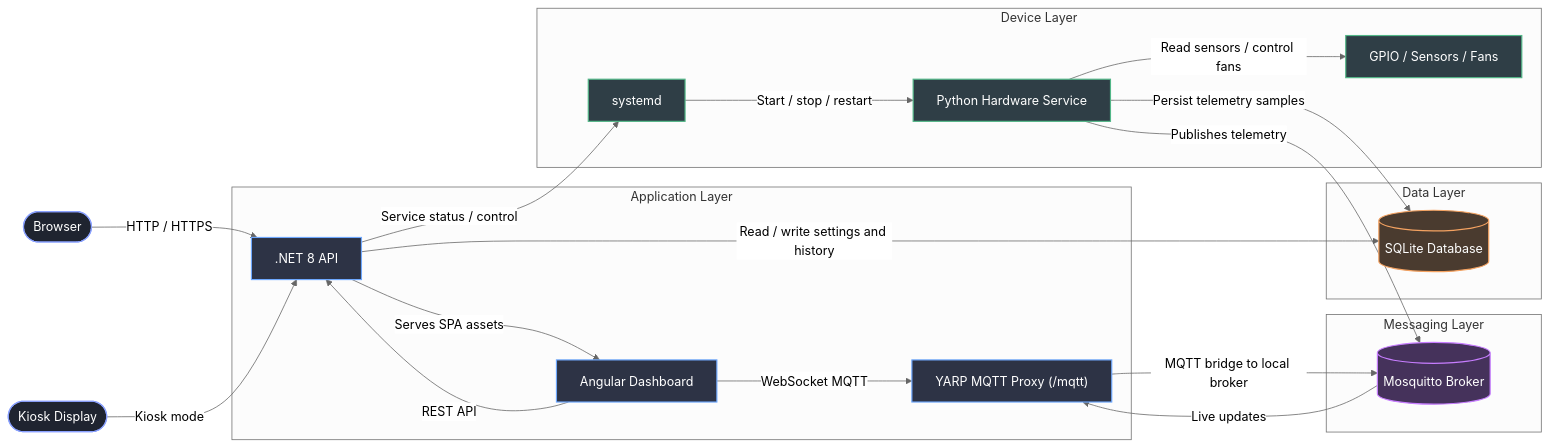
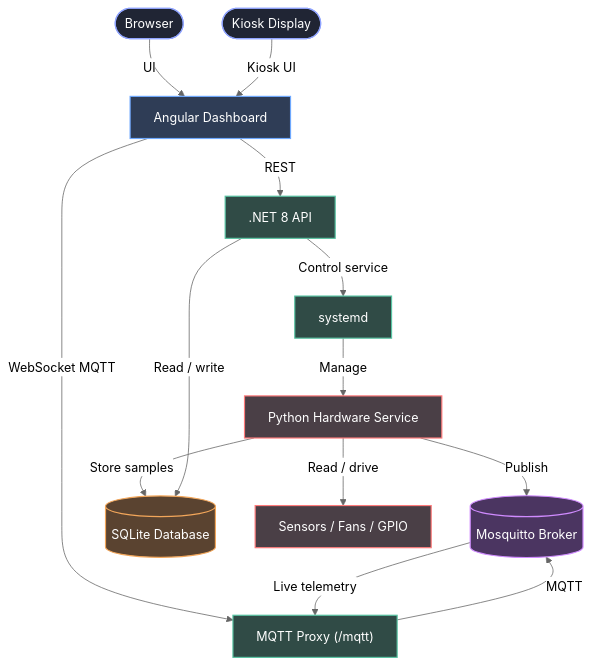
One commit to olivierpetitjean/racksensehat changed the diagram in README.md. Above: the diagram before and after it, drawn with Mermaid (neutral theme).

Commit message:
docs(readme): simplify software architecture diagram

````diff
--- a/README.md
+++ b/README.md
@@ -75,51 +75,40 @@
 ```mermaid
-flowchart LR
+flowchart TB
     browser([Browser])
     kiosk([Kiosk Display])
+    front["Angular Dashboard"]
+    api[".NET 8 API"]
+    proxy["MQTT Proxy (/mqtt)"]
+    mqtt[("Mosquitto Broker")]
+    py["Python Hardware Service"]
+    db[("SQLite Database")]
+    hw["Sensors / Fans / GPIO"]
+    svc["systemd"]
 
-    subgraph app["Application Layer"]
-        front["Angular Dashboard"]
-        api[".NET 8 API"]
-        proxy["YARP MQTT Proxy (/mqtt)"]
-    end
+    browser -->|"UI"| front
+    kiosk -->|"Kiosk UI"| front
+    front -->|"REST"| api
+    front -->|"WebSocket MQTT"| proxy
+    proxy -->|"MQTT"| mqtt
+    mqtt -->|"Live telemetry"| proxy
+    py -->|"Publish"| mqtt
+    py -->|"Store samples"| db
+    api -->|"Read / write"| db
+    api -->|"Control service"| svc
+    svc -->|"Manage"| py
+    py -->|"Read / drive"| hw
 
-    subgraph messaging["Messaging Layer"]
-        mqtt[("Mosquitto Broker")]
-    end
-
-    subgraph device["Device Layer"]
-        py["Python Hardware Service"]
-        svc["systemd"]
-        hw["GPIO / Sensors / Fans"]
-    end
-
-    subgraph data["Data Layer"]
-        db[("SQLite Database")]
-    end
-
-    browser -->|"HTTP / HTTPS"| api
-    kiosk -->|"Kiosk mode"| api
-    api -->|"Serves SPA assets"| front
-    front -->|"REST API"| api
-    front -->|"WebSocket MQTT"| proxy
-    proxy -->|"MQTT bridge to local broker"| mqtt
-    py -->|"Publishes telemetry"| mqtt
-    mqtt -->|"Live updates"| proxy
-    api -->|"Read / write settings and history"| db
-    py -->|"Persist telemetry samples"| db
-    py -->|"Read sensors / control fans"| hw
-    api -->|"Service status / control"| svc
-    svc -->|"Start / stop / restart"| py
-
-    classDef client fill:#1f2430,stroke:#8aa1ff,color:#ffffff,stroke-width:1.5px;
-    classDef appnode fill:#2d3345,stroke:#6ea8fe,color:#ffffff,stroke-width:1.5px;
-    classDef msg fill:#45325b,stroke:#c77dff,color:#ffffff,stroke-width:1.5px;
-    classDef dev fill:#2f3e46,stroke:#52b788,color:#ffffff,stroke-width:1.5px;
-    classDef storage fill:#4a3b2f,stroke:#f4a261,color:#ffffff,stroke-width:1.5px;
+    classDef client fill:#202534,stroke:#90a4ff,color:#ffffff,stroke-width:1.5px;
+    classDef ui fill:#2f3d56,stroke:#6ea8fe,color:#ffffff,stroke-width:1.5px;
+    classDef backend fill:#304b46,stroke:#58c4a3,color:#ffffff,stroke-width:1.5px;
+    classDef msg fill:#4b3561,stroke:#d08bff,color:#ffffff,stroke-width:1.5px;
+    classDef data fill:#5a4330,stroke:#f2a65a,color:#ffffff,stroke-width:1.5px;
+    classDef device fill:#4a3f46,stroke:#ff7b7b,color:#ffffff,stroke-width:1.5px;
 
     class browser,kiosk client;
-    class front,api,proxy appnode;
+    class front ui;
+    class api,proxy,svc backend;
     class mqtt msg;
-    class py,svc,hw dev;
-    class db storage;
+    class db data;
+    class py,hw device;
 ```
````
